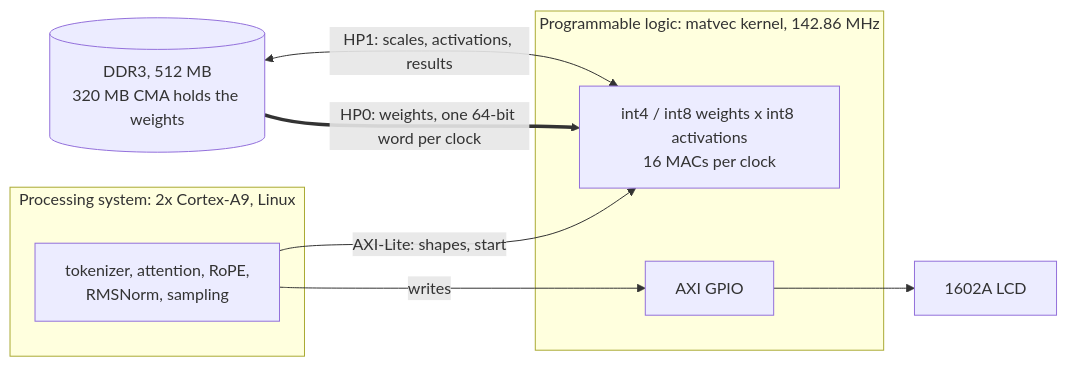
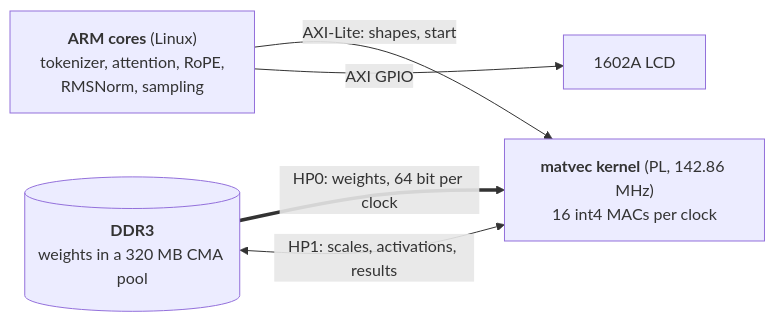
The diagram in README.md (JonathE0/local-llama-pynq-z2), drawn with Mermaid before and after one commit.

Commit message:
docs: flatter architecture diagram so GitHub does not clip it

````diff
--- a/README.md
+++ b/README.md
@@ -83,16 +83,11 @@
 ```mermaid
 flowchart LR
-    subgraph PS["Processing system: 2x Cortex-A9, Linux"]
-        A["tokenizer, attention, RoPE,<br/>RMSNorm, sampling"]
-    end
-    subgraph PL["Programmable logic: matvec kernel, 142.86 MHz"]
-        K["int4 / int8 weights x int8 activations<br/>16 MACs per clock"]
-        G["AXI GPIO"]
-    end
-    D[("DDR3, 512 MB<br/>320 MB CMA holds the weights")]
+    A["<b>ARM cores</b> (Linux)<br/>tokenizer, attention, RoPE,<br/>RMSNorm, sampling"]
+    K["<b>matvec kernel</b> (PL, 142.86 MHz)<br/>16 int4 MACs per clock"]
+    D[("<b>DDR3</b><br/>weights in a 320 MB CMA pool")]
     L["1602A LCD"]
     A -- "AXI-Lite: shapes, start" --> K
-    D == "HP0: weights, one 64-bit word per clock" ==> K
+    A -- "AXI GPIO" --> L
+    D == "HP0: weights, 64 bit per clock" ==> K
     D <-- "HP1: scales, activations, results" --> K
-    A -- "writes" --> G --> L
 ```
````
